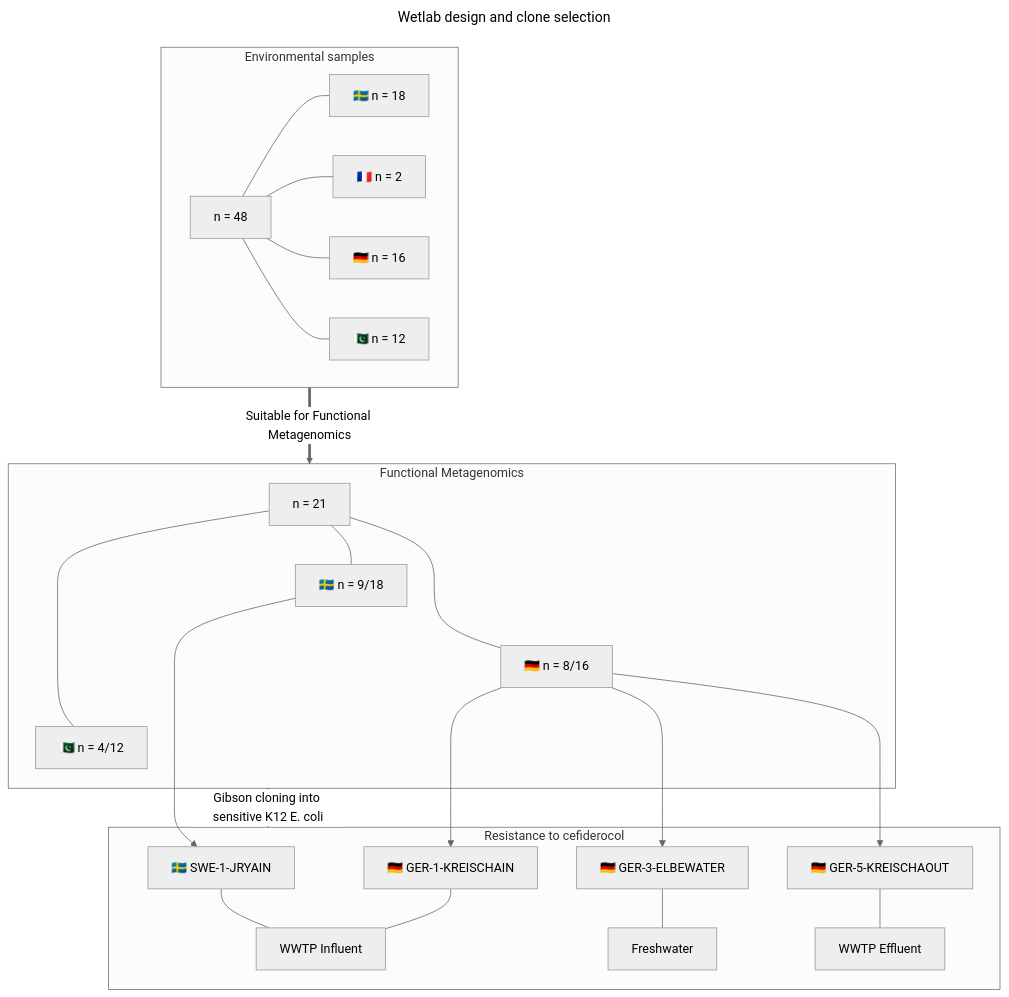
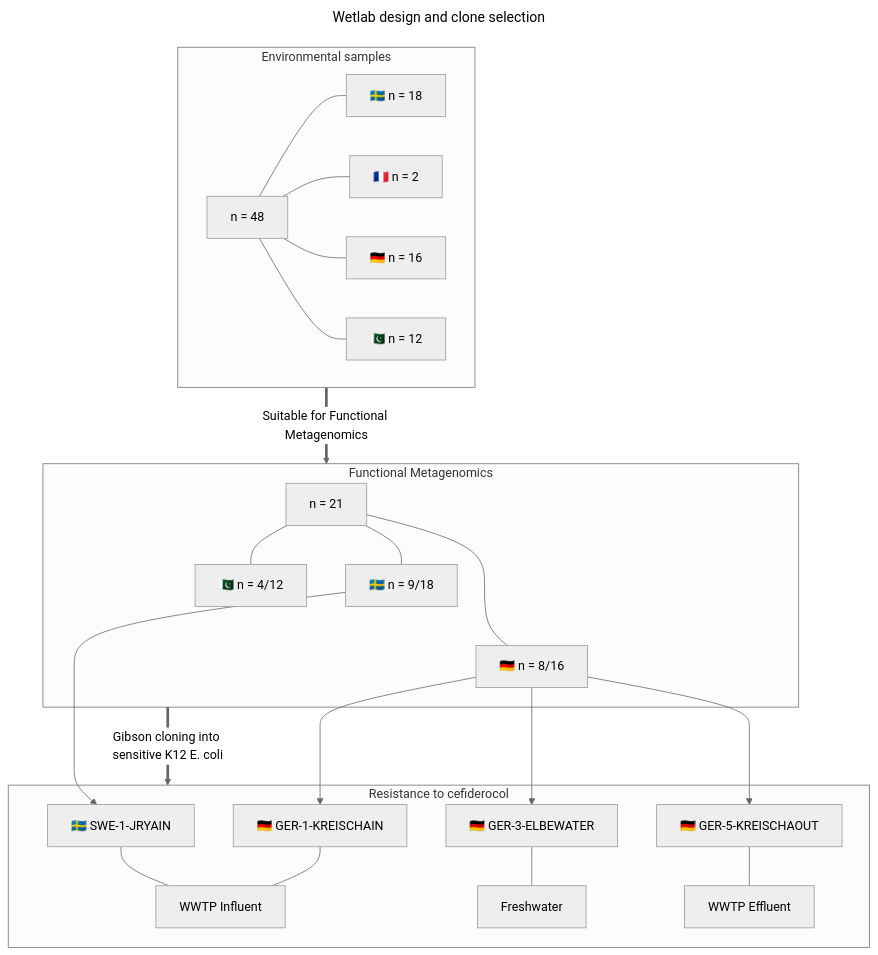
The first of 2 diagrams in README.md (RemiGSC/Mgf_FDC), drawn with Mermaid (neutral theme) before and after one commit.

````diff
--- a/README.md
+++ b/README.md
@@ -7,36 +7,36 @@
 ```mermaid
 ---
 title: Wetlab design and clone selection
 ---
 flowchart TD
 	subgraph ev [Environmental samples]
 		A[n = 48] --- A1[🇸🇪 n = 18]
 		A --- A2[🇫🇷 n = 2]
 		A --- A3[🇩🇪 n = 16]
 		A --- A4[🇵🇰 n = 12]
 	end
 
 	subgraph fmg [Functional Metagenomics]
 		B[n = 21] --- B1[🇸🇪 n = 9/18]
 		B --- B3[🇩🇪 n = 8/16]
 		B --- B4[🇵🇰 n = 4/12]
-		B1 ~~~ B3 ~~~ B4
+		B1 ~~~ B3
 	end
 
 	subgraph Rcef [Resistance to cefiderocol]
 			C1[🇸🇪 SWE-1-JRYAIN] --- WWIN[WWTP Influent]
 			C3a[🇩🇪 GER-1-KREISCHAIN] --- WWIN[WWTP Influent]
 			C3b[🇩🇪 GER-3-ELBEWATER] --- Fresh[Freshwater]
 			C3c[🇩🇪 GER-5-KREISCHAOUT] --- WWEF[WWTP Effluent]
 	end
 
 
 ev ==>|Suitable for Functional Metagenomics| fmg
 
 fmg ==>|Gibson cloning into sensitive K12 E. coli| Rcef
 
 B1 ---> C1
 B3 ---> C3a
 B3 ---> C3b
 B3 ---> C3c
 ```
````
